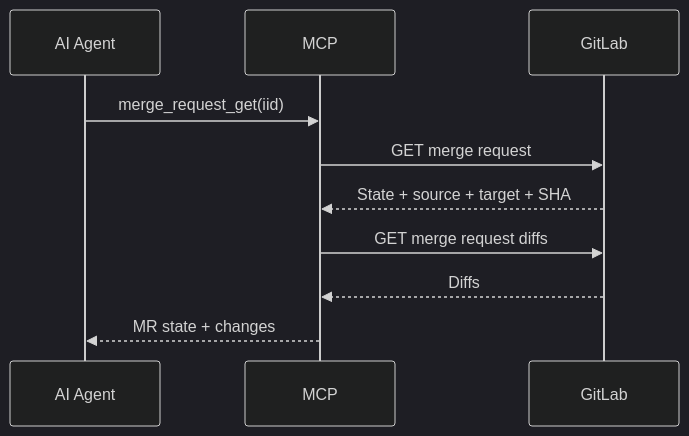
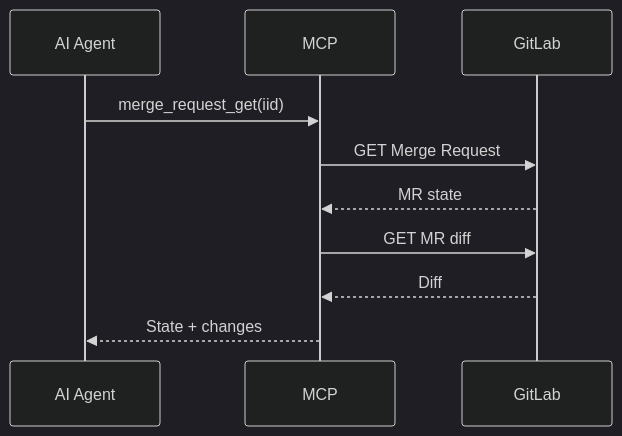
Before and after one commit to SkySai1/ArchRepoMCP: diagram 13 of 15 in AGENTS.md, drawn with Mermaid (dark theme). The commit also changed other lines of this file, not shown here.

````diff
--- a/AGENTS.md
+++ b/AGENTS.md
@@ -1014,13 +1301,13 @@
 ```mermaid
 sequenceDiagram
     participant A as AI Agent
     participant M as MCP
     participant G as GitLab
 
     A->>M: merge_request_get(iid)
-    M->>G: GET merge request
-    G-->>M: State + source + target + SHA
-    M->>G: GET merge request diffs
-    G-->>M: Diffs
-    M-->>A: MR state + changes
+    M->>G: GET Merge Request
+    G-->>M: MR state
+    M->>G: GET MR diff
+    G-->>M: Diff
+    M-->>A: State + changes
 ```
````
